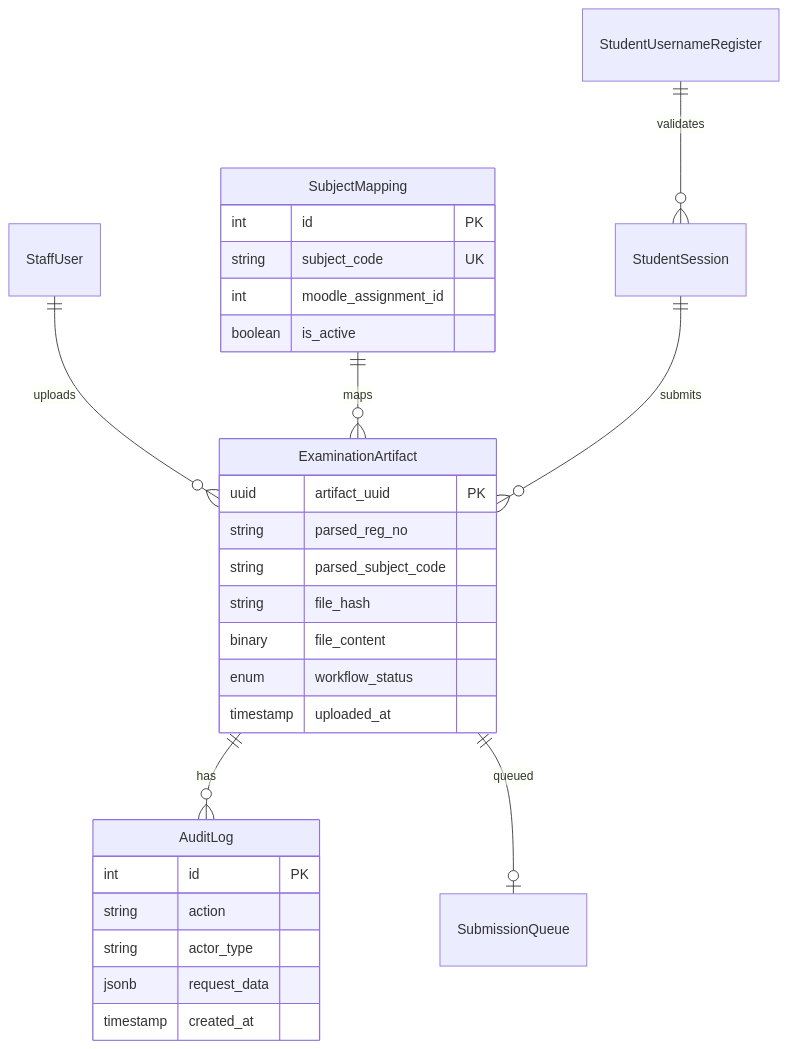
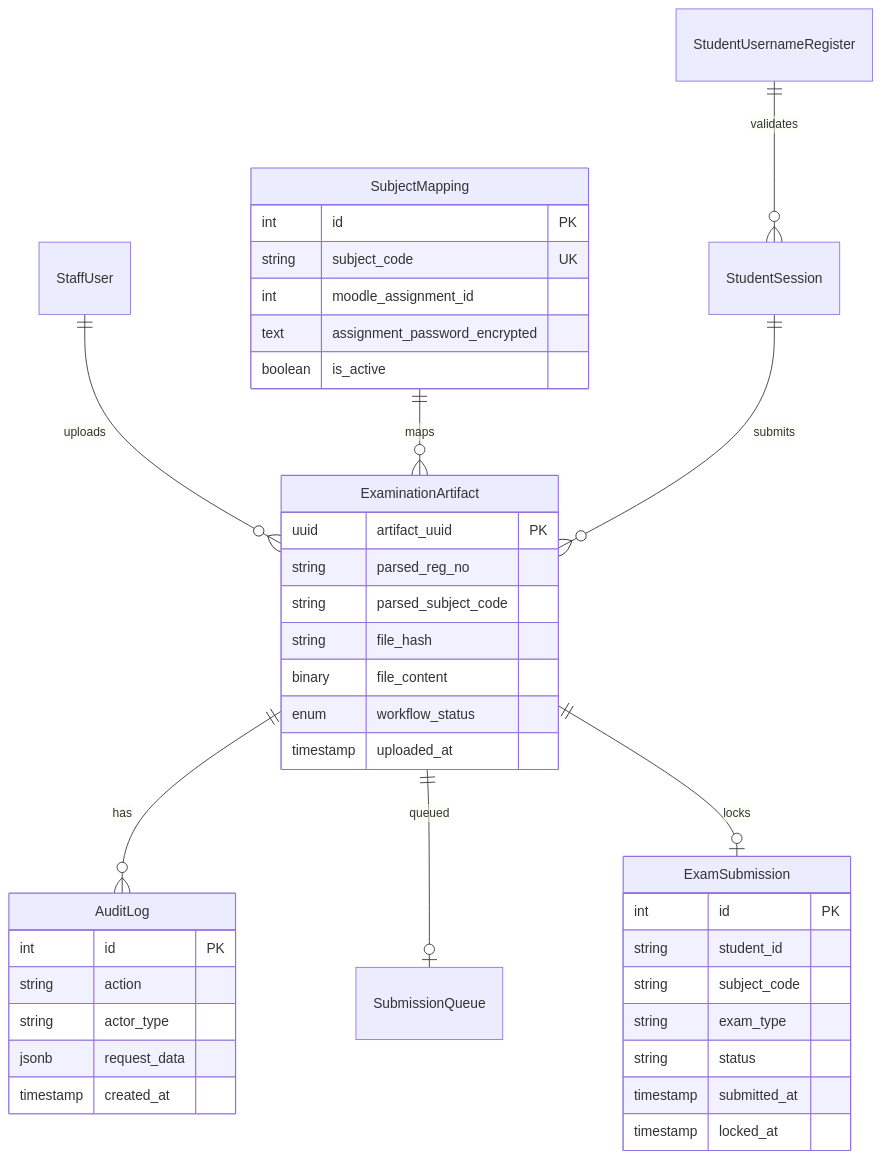
Before and after one commit to d-kavinraja/Intelligent-Examination-Submission-Framework-for-LMS: the second of 3 diagrams in readme.md, drawn with Mermaid. The commit also changed other lines of this file and 7 other files, not shown here.

````diff
--- a/readme.md
+++ b/readme.md
@@ -231,34 +238,46 @@
 ```mermaid
 erDiagram
     ExaminationArtifact ||--o{ AuditLog : "has"
     StaffUser ||--o{ ExaminationArtifact : "uploads"
     SubjectMapping ||--o{ ExaminationArtifact : "maps"
     ExaminationArtifact ||--o| SubmissionQueue : "queued"
+    ExaminationArtifact ||--o| ExamSubmission : "locks"
     StudentSession ||--o{ ExaminationArtifact : "submits"
     StudentUsernameRegister ||--o{ StudentSession : "validates"
     
     ExaminationArtifact {
         uuid artifact_uuid PK
         string parsed_reg_no
         string parsed_subject_code
         string file_hash
         binary file_content
         enum workflow_status
         timestamp uploaded_at
     }
     
     SubjectMapping {
         int id PK
         string subject_code UK
         int moodle_assignment_id
+        text assignment_password_encrypted
         boolean is_active
+    }
+    
+    ExamSubmission {
+        int id PK
+        string student_id
+        string subject_code
+        string exam_type
+        string status
+        timestamp submitted_at
+        timestamp locked_at
     }
     
     AuditLog {
         int id PK
         string action
         string actor_type
         jsonb request_data
         timestamp created_at
     }
 ```
````
